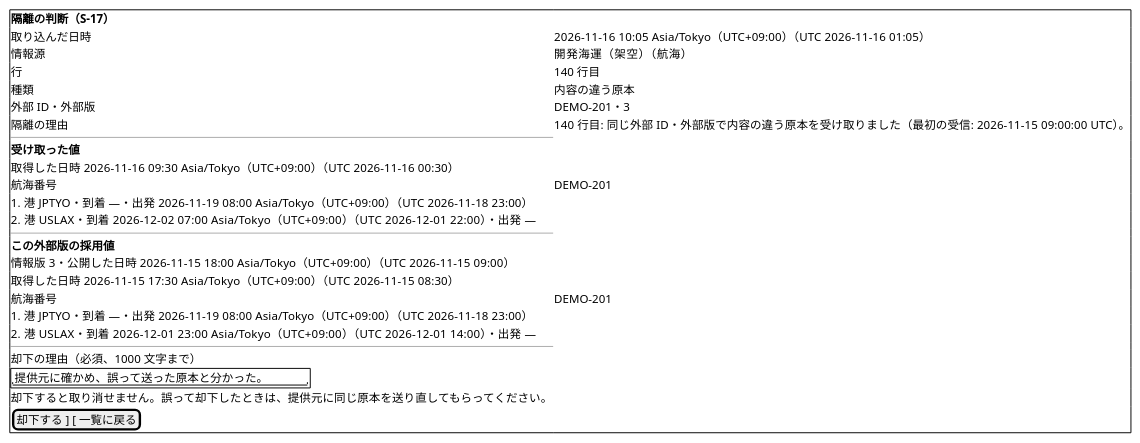
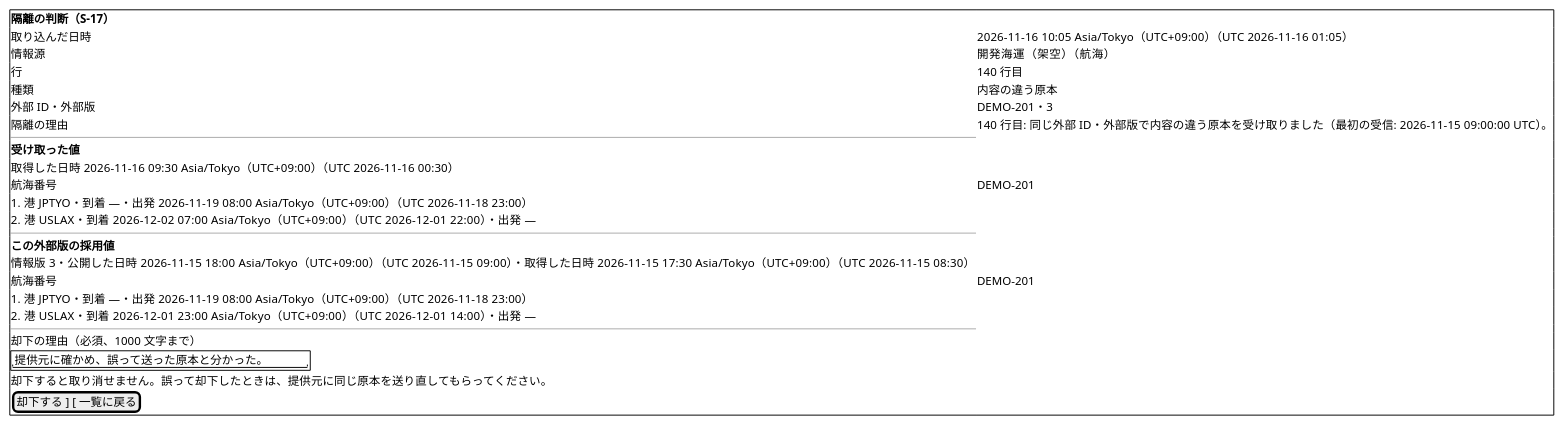
Before and after one commit to k2works/practical-domain-driven-design-in-enterpris-application: diagram 56 of 60 in docs/design/cargo-tracker/ui_design.md, drawn with PlantUML. The commit also changed other lines of this file and 9 other files, not shown here.

````diff
--- a/docs/design/cargo-tracker/ui_design.md
+++ b/docs/design/cargo-tracker/ui_design.md
@@ -1985,31 +1987,30 @@
 ```plantuml
 @startsalt
 {+
   <b>隔離の判断（S-17）
   取り込んだ日時 | 2026-11-16 10:05 Asia/Tokyo（UTC+09:00）（UTC 2026-11-16 01:05）
   情報源 | 開発海運（架空）（航海）
   行 | 140 行目
   種類 | 内容の違う原本
   外部 ID・外部版 | DEMO-201・3
   隔離の理由 | 140 行目: 同じ外部 ID・外部版で内容の違う原本を受け取りました（最初の受信: 2026-11-15 09:00:00 UTC）。
   --
   <b>受け取った値
   取得した日時 2026-11-16 09:30 Asia/Tokyo（UTC+09:00）（UTC 2026-11-16 00:30）
   航海番号 | DEMO-201
   1. 港 JPTYO・到着 —・出発 2026-11-19 08:00 Asia/Tokyo（UTC+09:00）（UTC 2026-11-18 23:00）
   2. 港 USLAX・到着 2026-12-02 07:00 Asia/Tokyo（UTC+09:00）（UTC 2026-12-01 22:00）・出発 —
   --
   <b>この外部版の採用値
-  情報版 3・公開した日時 2026-11-15 18:00 Asia/Tokyo（UTC+09:00）（UTC 2026-11-15 09:00）
-  取得した日時 2026-11-15 17:30 Asia/Tokyo（UTC+09:00）（UTC 2026-11-15 08:30）
+  情報版 3・公開した日時 2026-11-15 18:00 Asia/Tokyo（UTC+09:00）（UTC 2026-11-15 09:00）・取得した日時 2026-11-15 17:30 Asia/Tokyo（UTC+09:00）（UTC 2026-11-15 08:30）
   航海番号 | DEMO-201
   1. 港 JPTYO・到着 —・出発 2026-11-19 08:00 Asia/Tokyo（UTC+09:00）（UTC 2026-11-18 23:00）
   2. 港 USLAX・到着 2026-12-01 23:00 Asia/Tokyo（UTC+09:00）（UTC 2026-12-01 14:00）・出発 —
   --
   却下の理由（必須、1000 文字まで）
   {+ "提供元に確かめ、誤って送った原本と分かった。                " }
   却下すると取り消せません。誤って却下したときは、提供元に同じ原本を送り直してもらってください。
   [ 却下する ] [ 一覧に戻る ]
 }
 @endsalt
 ```
````
